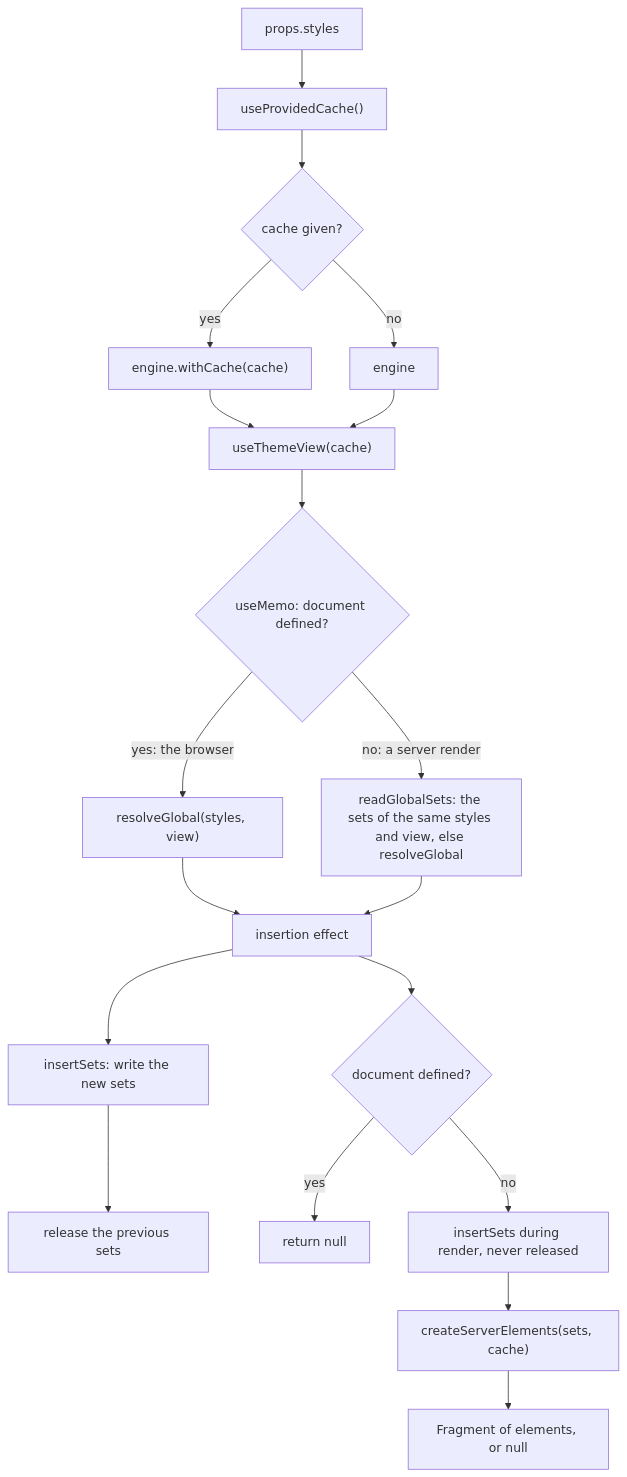
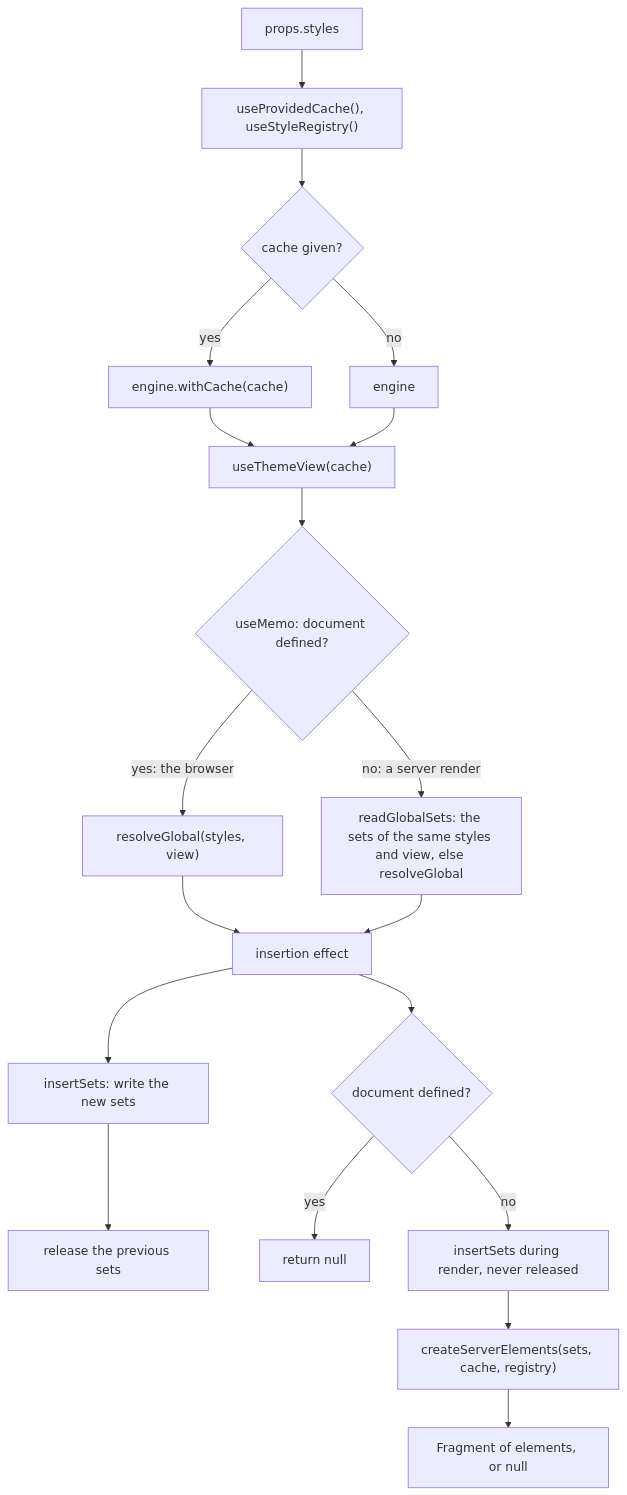
The diagram in packages/react/src/Global.md (soroush-tech/umber-style), drawn with Mermaid before and after one commit. The commit also changed other lines of this file and 45 other files, not shown here.

Commit message:
feat(react): StyleRegistry from @umber-style/react/next places the styles of a Next.js page in the head and between streamed pieces, never among its elements, for Next.js ^16.4.6 - close #70

````diff
--- a/packages/react/src/Global.md
+++ b/packages/react/src/Global.md
@@ -20,22 +21,22 @@
 ```mermaid
 flowchart TD
-  props["props.styles"] --> cache["useProvidedCache()"]
+  props["props.styles"] --> cache["useProvidedCache(), useStyleRegistry()"]
   cache --> local{"cache given?"}
   local -->|yes| over["engine.withCache(cache)"]
   local -->|no| own["engine"]
   over --> view["useThemeView(cache)"]
   own --> view
   view --> sets{"useMemo: document defined?"}
   sets -->|"yes: the browser"| resolveNow["resolveGlobal(styles, view)"]
   sets -->|"no: a server render"| keptSets["readGlobalSets: the sets of the same styles and view, else resolveGlobal"]
   resolveNow --> effect
   keptSets --> effect
   effect["insertion effect"]
   effect --> write["insertSets: write the new sets"]
   write --> drop["release the previous sets"]
   effect --> doc{"document defined?"}
   doc -->|yes| null["return null"]
   doc -->|no| forever["insertSets during render, never released"]
-  forever --> elems["createServerElements(sets, cache)"]
+  forever --> elems["createServerElements(sets, cache, registry)"]
   elems --> out["Fragment of elements, or null"]
 ```
````
